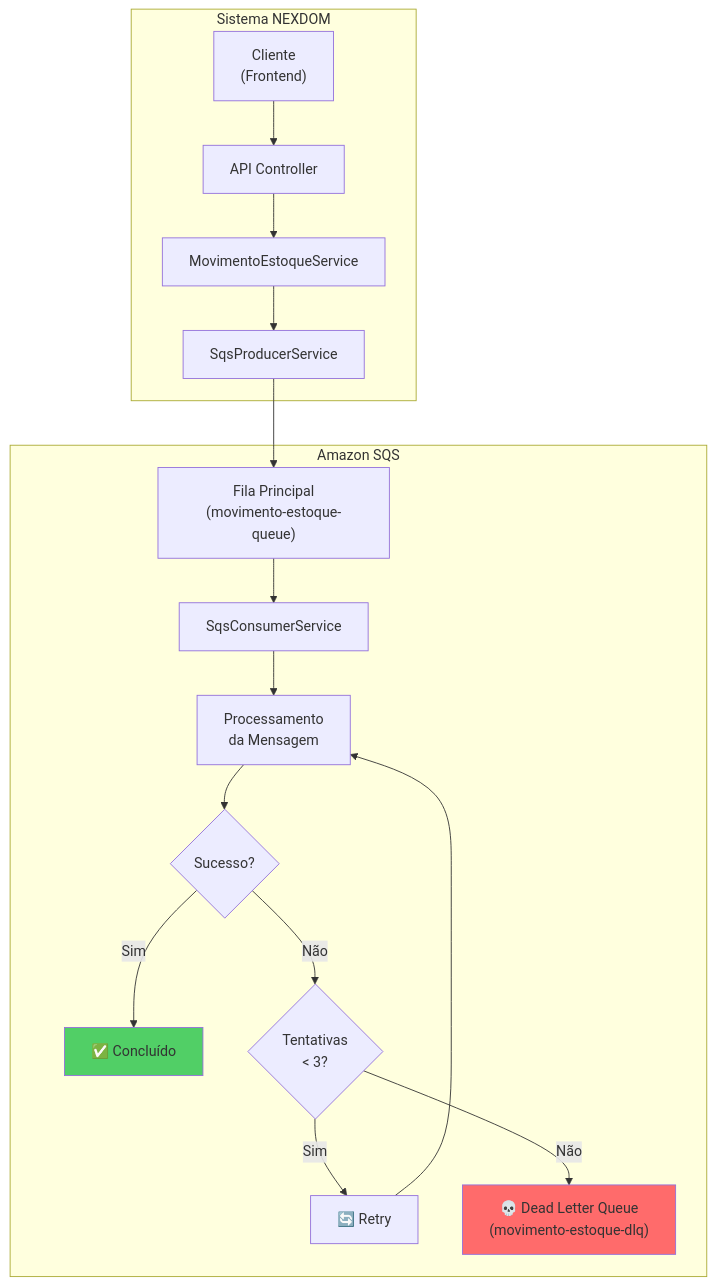
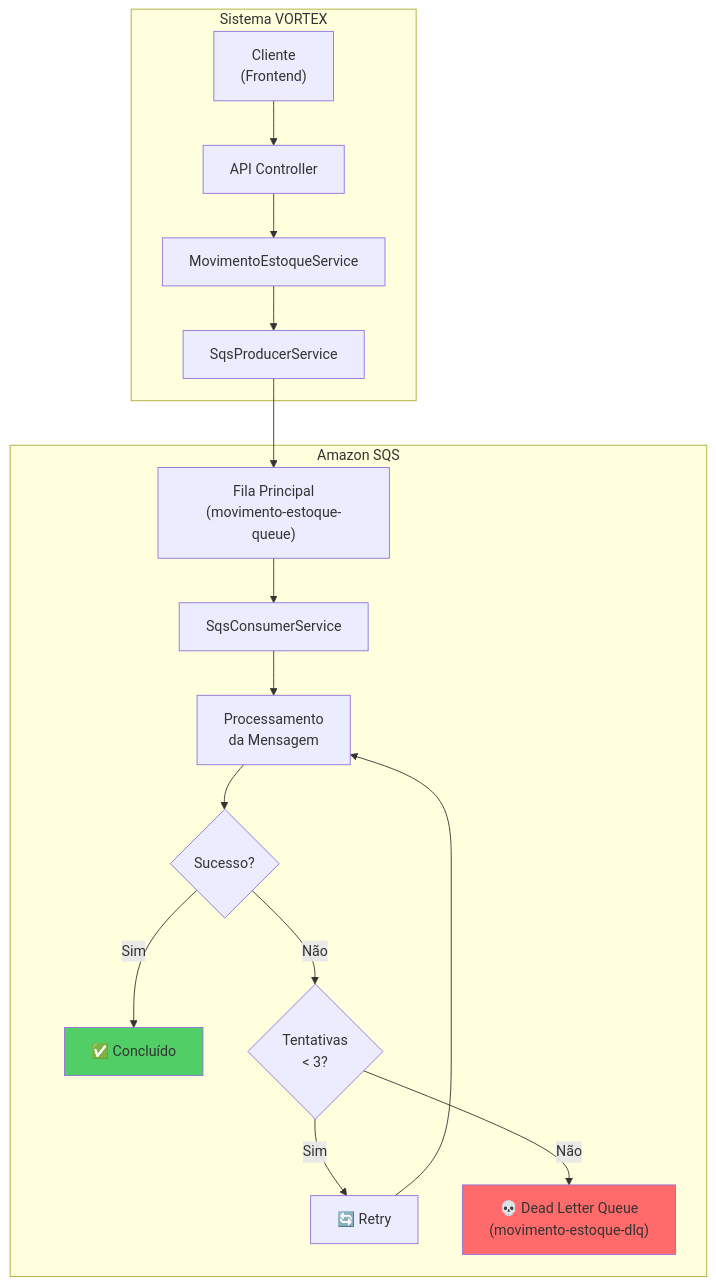
The diagram in docs/DLQ-Dead-Letter-Queue.md (caiocv18/vortex), drawn with Mermaid before and after one commit. The commit also changed other lines of this file and 134 other files, not shown here.

First line of the commit message:
Refactor project structure and update documentation to reflect the transition from NEXDOM to VORTEX.

````diff
--- a/docs/DLQ-Dead-Letter-Queue.md
+++ b/docs/DLQ-Dead-Letter-Queue.md
@@ -19,24 +19,24 @@
 ```mermaid
 graph TB
-    subgraph "Sistema NEXDOM"
+    subgraph "Sistema VORTEX"
         A["Cliente<br/>(Frontend)"] --> B["API Controller"]
         B --> C["MovimentoEstoqueService"]
         C --> D["SqsProducerService"]
     end
     
     subgraph "Amazon SQS"
         D --> E["Fila Principal<br/>(movimento-estoque-queue)"]
         E --> F["SqsConsumerService"]
         F --> G["Processamento<br/>da Mensagem"]
         
         G --> H{"Sucesso?"}
         H -->|Sim| I["✅ Concluído"]
         H -->|Não| J{"Tentativas<br/>< 3?"}
         J -->|Sim| K["🔄 Retry"]
         J -->|Não| L["💀 Dead Letter Queue<br/>(movimento-estoque-dlq)"]
         K --> G
     end
     
     style L fill:#ff6b6b
     style I fill:#51cf66
 ```
````
